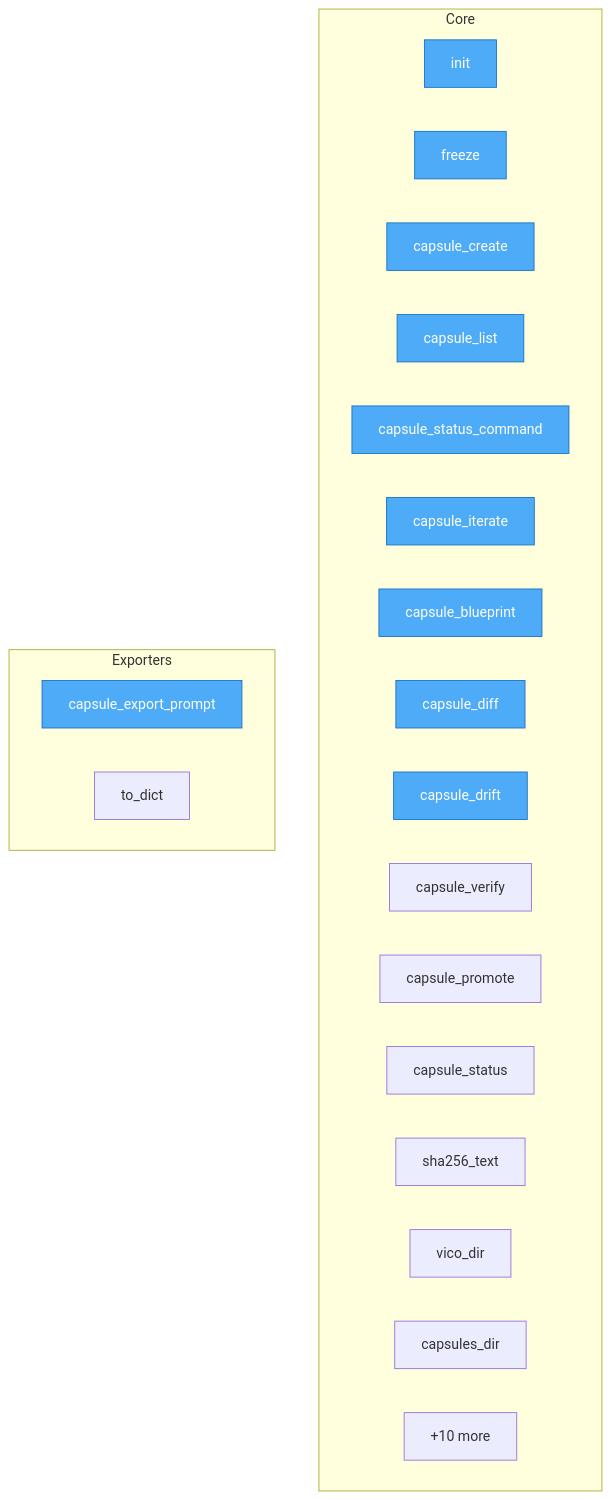
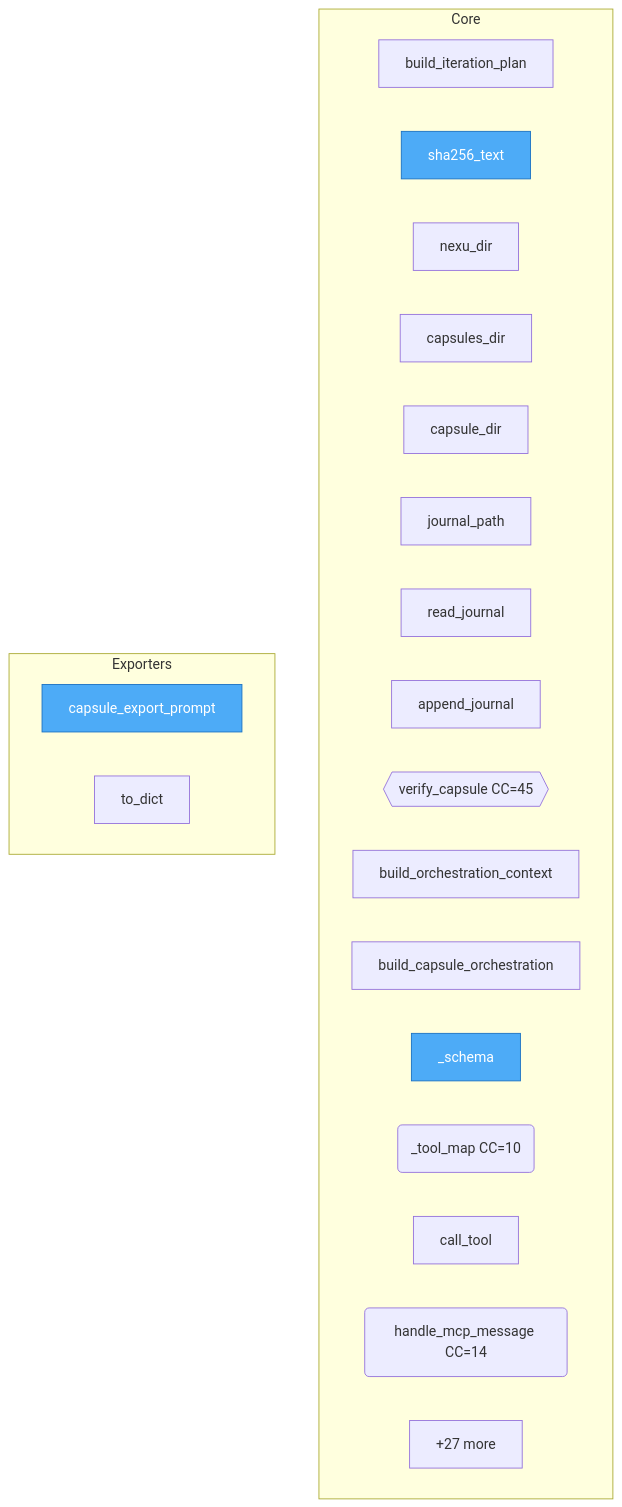
The diagram in project/flow.mmd (semcod/vico), drawn with Mermaid before and after one commit. The commit also changed 32 other files, not shown here.

```diff
--- a/project/flow.mmd
+++ b/project/flow.mmd
@@ -1,31 +1,31 @@
 flowchart TD
-%% generated in 0.00s
+%% generated in 0.01s
 
     %% Entry points (blue)
     classDef entry fill:#4dabf7,stroke:#1971c2,color:#fff
 
     subgraph Core
-        src__vico__cli__init["init"]
-        src__vico__cli__freeze["freeze"]
-        src__vico__cli__capsule_create["capsule_create"]
-        src__vico__cli__capsule_list["capsule_list"]
-        src__vico__cli__capsule_status_command["capsule_status_command"]
-        src__vico__cli__capsule_iterate["capsule_iterate"]
-        src__vico__cli__capsule_blueprint["capsule_blueprint"]
-        src__vico__cli__capsule_diff["capsule_diff"]
-        src__vico__cli__capsule_drift["capsule_drift"]
-        src__vico__cli__capsule_verify["capsule_verify"]
-        src__vico__cli__capsule_promote["capsule_promote"]
-        src__vico__status__capsule_status["capsule_status"]
-        src__vico__hashing__sha256_text["sha256_text"]
-        src__vico__paths__vico_dir["vico_dir"]
-        src__vico__paths__capsules_dir["capsules_dir"]
-        ...["+10 more"]
+        src__nexu__plan__build_iteration_plan["build_iteration_plan"]
+        src__nexu__hashing__sha256_text["sha256_text"]
+        src__nexu__paths__nexu_dir["nexu_dir"]
+        src__nexu__paths__capsules_dir["capsules_dir"]
+        src__nexu__paths__capsule_dir["capsule_dir"]
+        src__nexu__journal__journal_path["journal_path"]
+        src__nexu__journal__read_journal["read_journal"]
+        src__nexu__journal__append_journal["append_journal"]
+        src__nexu__verify__verify_capsule{{verify_capsule CC=45}}
+        src__nexu__orchestrate__build_orchestration_context["build_orchestration_context"]
+        src__nexu__orchestrate__build_capsule_orchestration["build_capsule_orchestration"]
+        src__nexu__mcp_server___schema["_schema"]
+        src__nexu__mcp_server___tool_map("_tool_map CC=10")
+        src__nexu__mcp_server__call_tool["call_tool"]
+        src__nexu__mcp_server__handle_mcp_message("handle_mcp_message CC=14")
+        ...["+27 more"]
     end
 
     subgraph Exporters
-        src__vico__cli__capsule_export_prompt["capsule_export_prompt"]
-        src__vico__models__PromptExport__to_dict["to_dict"]
+        src__nexu__cli__capsule_export_prompt["capsule_export_prompt"]
+        src__nexu__models__PromptExport__to_dict["to_dict"]
     end
 
-    class src__vico__cli__init,src__vico__cli__freeze,src__vico__cli__capsule_create,src__vico__cli__capsule_list,src__vico__cli__capsule_status_command,src__vico__cli__capsule_iterate,src__vico__cli__capsule_blueprint,src__vico__cli__capsule_export_prompt,src__vico__cli__capsule_diff,src__vico__cli__capsule_drift entry
+    class src__nexu__hashing__sha256_text,src__nexu__mcp_server___schema,src__nexu__cli__init,src__nexu__cli__freeze,src__nexu__cli__capsule_create,src__nexu__cli__capsule_list,src__nexu__cli__capsule_status_command,src__nexu__cli__capsule_iterate,src__nexu__cli__capsule_blueprint,src__nexu__cli__capsule_export_prompt entry
```
